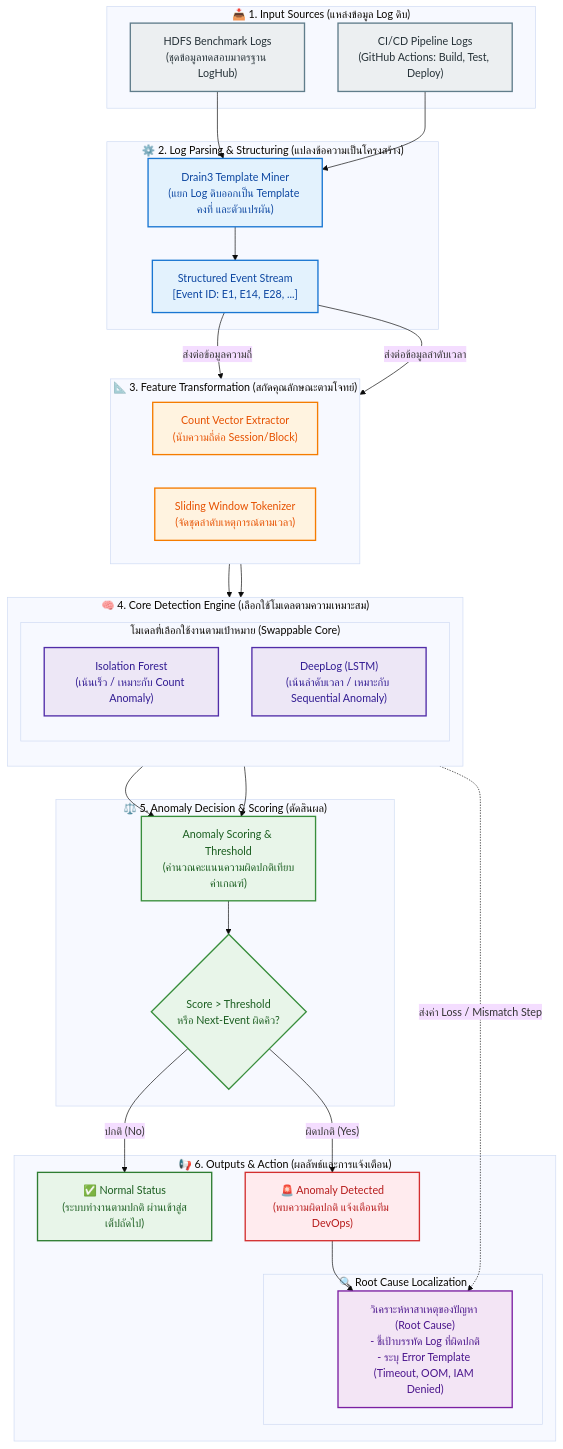
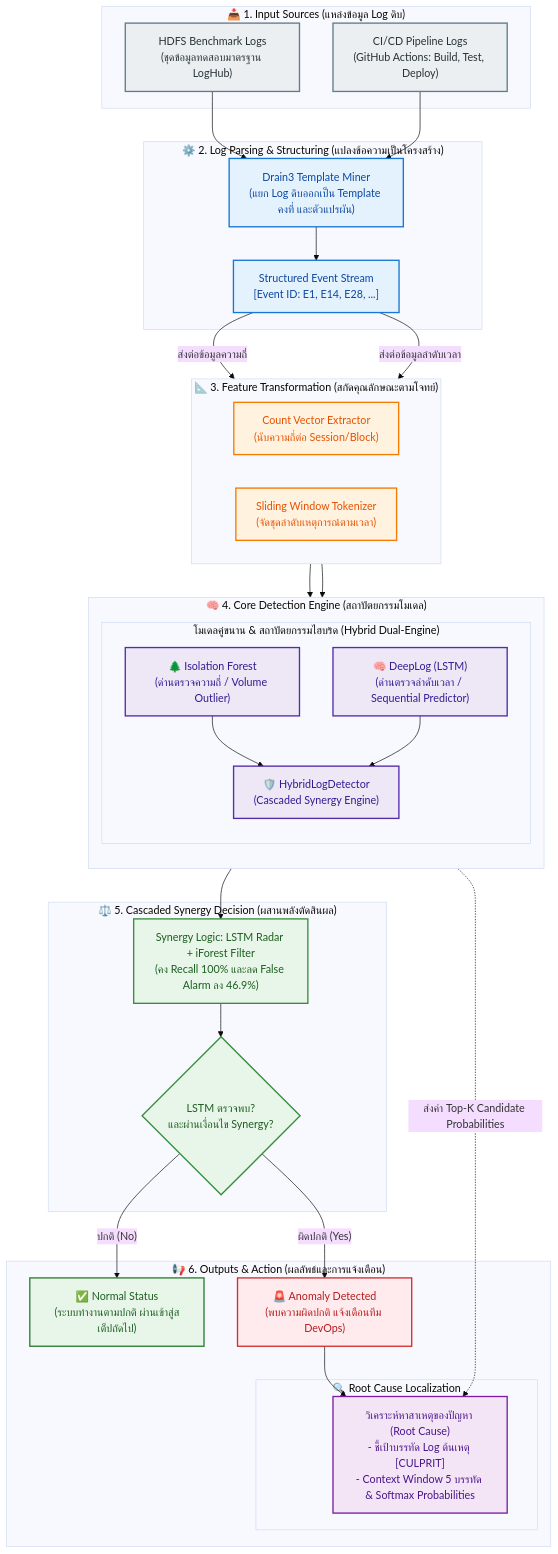
One commit to kora-ora/LogWatchdog changed the diagram in system_architecture/01_end_to_end_workflow.md. Above: the diagram before and after it, drawn with Mermaid (base theme). The commit also changed 8 other files, not shown here.

Commit message:
docs: update README, roadmap, and system architecture to reflect Hybrid Dual-Engine and 100% completion

````diff
--- a/system_architecture/01_end_to_end_workflow.md
+++ b/system_architecture/01_end_to_end_workflow.md
@@ -12,77 +12,78 @@
 ```mermaid
 flowchart TD
     %% Styling Classes
     classDef inputStyle fill:#eceff1,stroke:#607d8b,stroke-width:2px,color:#263238;
     classDef parseStyle fill:#e3f2fd,stroke:#1976d2,stroke-width:2px,color:#0d47a1;
     classDef featureStyle fill:#fff3e0,stroke:#f57c00,stroke-width:2px,color:#e65100;
     classDef engineStyle fill:#ede7f6,stroke:#512da8,stroke-width:2px,color:#311b92;
     classDef decisionStyle fill:#e8f5e9,stroke:#388e3c,stroke-width:2px,color:#1b5e20;
     classDef outputAlert fill:#ffebee,stroke:#d32f2f,stroke-width:2px,color:#b71c1c;
     classDef outputNormal fill:#e8f5e9,stroke:#2e7d32,stroke-width:2px,color:#1b5e20;
     classDef explainStyle fill:#f3e5f5,stroke:#7b1fa2,stroke-width:2px,color:#4a148c;
 
     %% 1. Raw Inputs Layer
     subgraph Layer0["📥 1. Input Sources (แหล่งข้อมูล Log ดิบ)"]
         RawHDFS["HDFS Benchmark Logs\n(ชุดข้อมูลทดสอบมาตรฐาน LogHub)"]:::inputStyle
         RawCICD["CI/CD Pipeline Logs\n(GitHub Actions: Build, Test, Deploy)"]:::inputStyle
     end
 
     %% 2. Preprocessing & Parsing Layer
     subgraph Layer1["⚙️ 2. Log Parsing & Structuring (แปลงข้อความเป็นโครงสร้าง)"]
         DrainParser["Drain3 Template Miner\n(แยก Log ดิบออกเป็น Template คงที่ และตัวแปรผัน)"]:::parseStyle
         ParsedTokens["Structured Event Stream\n[Event ID: E1, E14, E28, ...]"]:::parseStyle
     end
 
     %% 3. Feature Transformation Layer
     subgraph Layer2["📐 3. Feature Transformation (สกัดคุณลักษณะตามโจทย์)"]
         direction LR
         CountVec["Count Vector Extractor\n(นับความถี่ต่อ Session/Block)"]:::featureStyle
         SeqWindow["Sliding Window Tokenizer\n(จัดชุดลำดับเหตุการณ์ตามเวลา)"]:::featureStyle
     end
 
     %% 4. Modular Model Engine
-    subgraph Layer3["🧠 4. Core Detection Engine (เลือกใช้โมเดลตามความเหมาะสม)"]
+    subgraph Layer3["🧠 4. Core Detection Engine (สถาปัตยกรรมโมเดล)"]
         direction TB
-        subgraph ModelOptions["โมเดลที่เลือกใช้งานตามเป้าหมาย (Swappable Core)"]
-            M1["Isolation Forest\n(เน้นเร็ว / เหมาะกับ Count Anomaly)"]:::engineStyle
-            M2["DeepLog (LSTM)\n(เน้นลำดับเวลา / เหมาะกับ Sequential Anomaly)"]:::engineStyle
+        subgraph ModelOptions["โมเดลคู่ขนาน & สถาปัตยกรรมไฮบริด (Hybrid Dual-Engine)"]
+            M1["🌲 Isolation Forest\n(ด่านตรวจความถี่ / Volume Outlier)"]:::engineStyle
+            M2["🧠 DeepLog (LSTM)\n(ด่านตรวจลำดับเวลา / Sequential Predictor)"]:::engineStyle
+            M3["🛡️ HybridLogDetector\n(Cascaded Synergy Engine)"]:::engineStyle
+            M1 --> M3
+            M2 --> M3
         end
     end
 
     %% 5. Decision & Evaluation Layer
-    subgraph Layer4["⚖️ 5. Anomaly Decision & Scoring (ตัดสินผล)"]
-        ScoreCalc["Anomaly Scoring & Threshold\n(คำนวณคะแนนความผิดปกติเทียบค่าเกณฑ์)"]:::decisionStyle
-        DecisionCheck{"Score > Threshold\nหรือ Next-Event ผิดคิว?"}:::decisionStyle
+    subgraph Layer4["⚖️ 5. Cascaded Synergy Decision (ผสานพลังตัดสินผล)"]
+        ScoreCalc["Synergy Logic: LSTM Radar + iForest Filter\n(คง Recall 100% และลด False Alarm ลง 46.9%)"]:::decisionStyle
+        DecisionCheck{"LSTM ตรวจพบ?\nและผ่านเงื่อนไข Synergy?"}:::decisionStyle
     end
 
     %% 6. Outputs & Explainability
     subgraph Layer5["📢 6. Outputs & Action (ผลลัพธ์และการแจ้งเตือน)"]
         NormalResult["✅ Normal Status\n(ระบบทำงานตามปกติ ผ่านเข้าสู่สเต็ปถัดไป)"]:::outputNormal
         AnomalyAlert["🚨 Anomaly Detected\n(พบความผิดปกติ แจ้งเตือนทีม DevOps)"]:::outputAlert
         
         subgraph ExplainBox["🔍 Root Cause Localization"]
-            RootCause["วิเคราะห์หาสาเหตุของปัญหา (Root Cause)\n- ชี้เป้าบรรทัด Log ที่ผิดปกติ\n- ระบุ Error Template (Timeout, OOM, IAM Denied)"]:::explainStyle
+            RootCause["วิเคราะห์หาสาเหตุของปัญหา (Root Cause)\n- ชี้เป้าบรรทัด Log ต้นเหตุ [CULPRIT]\n- Context Window 5 บรรทัด & Softmax Probabilities"]:::explainStyle
         end
     end
 
     %% Flow Connections
     RawHDFS --> DrainParser
     RawCICD --> DrainParser
     DrainParser --> ParsedTokens
 
     ParsedTokens -->|"ส่งต่อข้อมูลความถี่"| CountVec
     ParsedTokens -->|"ส่งต่อข้อมูลลำดับเวลา"| SeqWindow
 
     CountVec --> M1
     SeqWindow --> M2
 
-    M1 --> ScoreCalc
-    M2 --> ScoreCalc
-
+    M3 --> ScoreCalc
     ScoreCalc --> DecisionCheck
     DecisionCheck -->|"ปกติ (No)"| NormalResult
     DecisionCheck -->|"ผิดปกติ (Yes)"| AnomalyAlert
 
     AnomalyAlert --> RootCause
-    M2 -.->|"ส่งค่า Loss / Mismatch Step"| RootCause
+    M2 -.->|"ส่งค่า Top-K Candidate Probabilities"| RootCause
 ```
````
